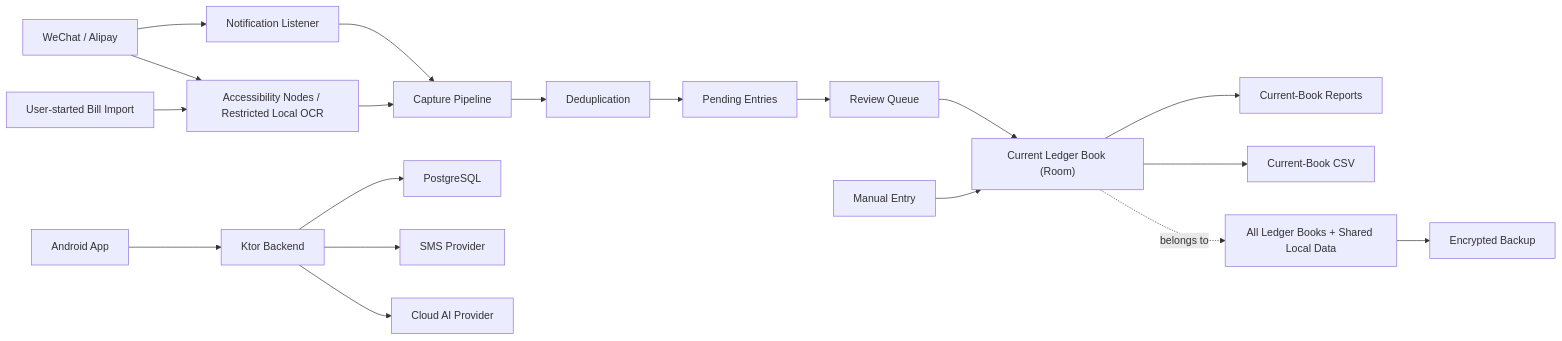
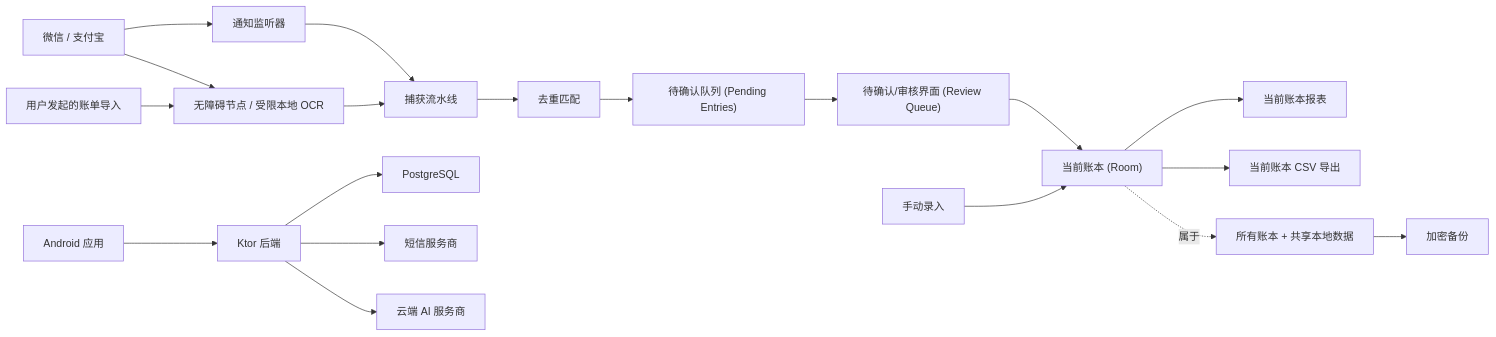
The diagram in docs/ARCHITECTURE.md (arfa069/auto-accounting), drawn with Mermaid before and after one commit. The commit also changed other lines of this file and 79 other files, not shown here.

````diff
--- a/docs/ARCHITECTURE.md
+++ b/docs/ARCHITECTURE.md
@@ -9,21 +9,21 @@
 ```mermaid
 flowchart LR
-  WeChat["WeChat / Alipay"] --> Notify["Notification Listener"]
-  WeChat --> A11y["Accessibility Nodes / Restricted Local OCR"]
-  Import["User-started Bill Import"] --> A11y
-  Notify --> Capture["Capture Pipeline"]
+  WeChat["微信 / 支付宝"] --> Notify["通知监听器"]
+  WeChat --> A11y["无障碍节点 / 受限本地 OCR"]
+  Import["用户发起的账单导入"] --> A11y
+  Notify --> Capture["捕获流水线"]
   A11y --> Capture
-  Capture --> Dedupe["Deduplication"]
-  Dedupe --> Pending["Pending Entries"]
-  Pending --> Review["Review Queue"]
-  Review --> Ledger["Current Ledger Book (Room)"]
-  Manual["Manual Entry"] --> Ledger
-  Ledger --> Reports["Current-Book Reports"]
-  Ledger --> CSV["Current-Book CSV"]
-  Books["All Ledger Books + Shared Local Data"] --> Backup["Encrypted Backup"]
-  Ledger -. "belongs to" .-> Books
-  App["Android App"] --> Backend["Ktor Backend"]
+  Capture --> Dedupe["去重匹配"]
+  Dedupe --> Pending["待确认队列 (Pending Entries)"]
+  Pending --> Review["待确认/审核界面 (Review Queue)"]
+  Review --> Ledger["当前账本 (Room)"]
+  Manual["手动录入"] --> Ledger
+  Ledger --> Reports["当前账本报表"]
+  Ledger --> CSV["当前账本 CSV 导出"]
+  Books["所有账本 + 共享本地数据"] --> Backup["加密备份"]
+  Ledger -. "属于" .-> Books
+  App["Android 应用"] --> Backend["Ktor 后端"]
   Backend --> PG["PostgreSQL"]
-  Backend --> SMS["SMS Provider"]
-  Backend --> AI["Cloud AI Provider"]
+  Backend --> SMS["短信服务商"]
+  Backend --> AI["云端 AI 服务商"]
 ```
````
